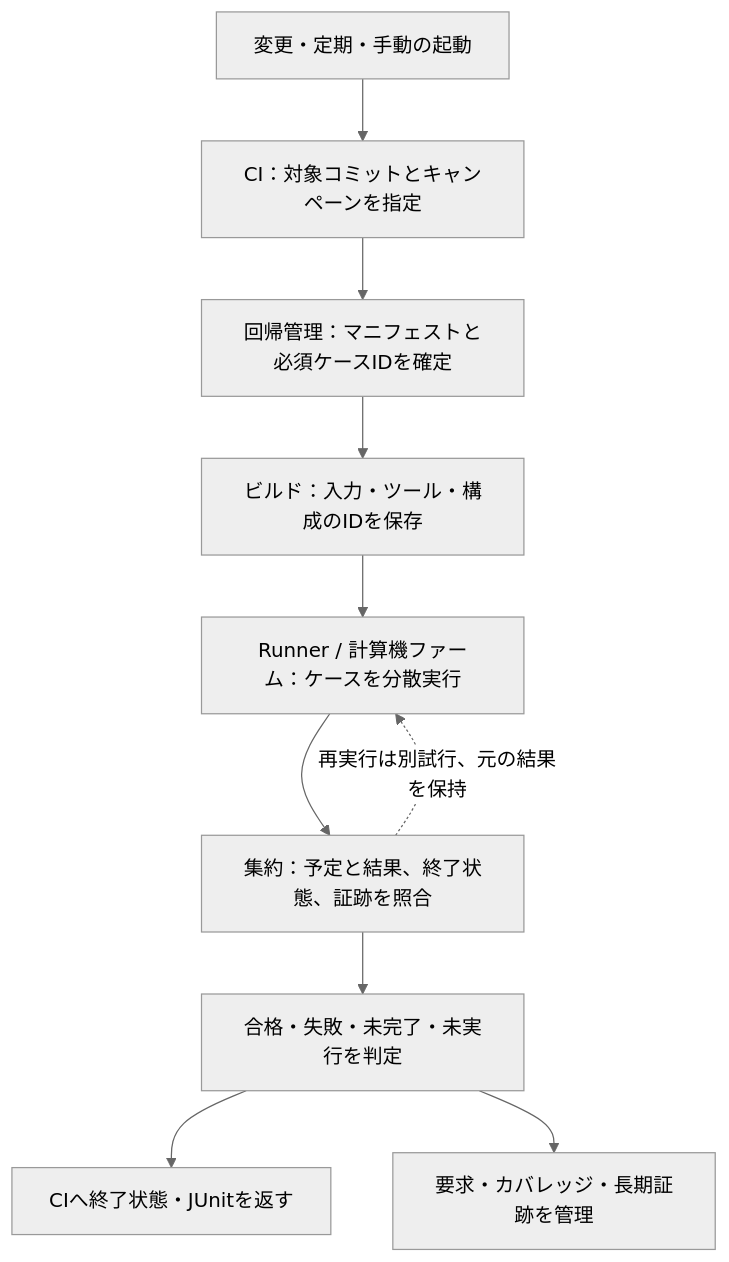
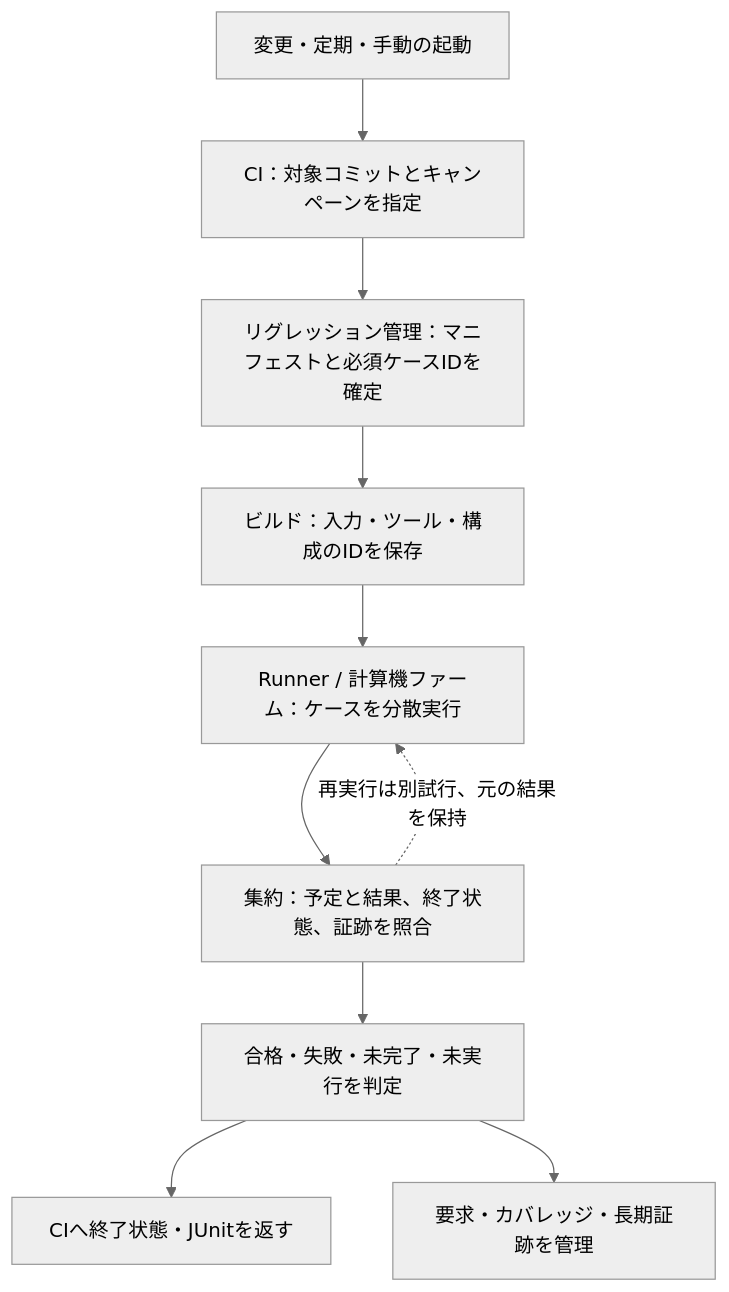
The first of 2 diagrams in docs/method/continuous-regression.md (kurochan001/lsi-verification-method), drawn with Mermaid (neutral theme) before and after one commit. The commit also changed other lines of this file and 91 other files, not shown here.

````diff
--- a/docs/method/continuous-regression.md
+++ b/docs/method/continuous-regression.md
@@ -68,14 +68,14 @@
 ```mermaid
 flowchart TD
-  accTitle: CIと回帰管理の責務を分けた実行フロー
+  accTitle: CIとリグレッション管理の責務を分けた実行フロー
   accDescr: 変更や定期起動から計画を確定し、Runnerや計算機ファームで実行する。結果を予定ケースへ照合し、判定と証跡をCIおよび要求管理へ返す。
   T["変更・定期・手動の起動"] --> C["CI：対象コミットとキャンペーンを指定"]
-  C --> M["回帰管理：マニフェストと必須ケースIDを確定"]
+  C --> M["リグレッション管理：マニフェストと必須ケースIDを確定"]
   M --> B["ビルド：入力・ツール・構成のIDを保存"]
   B --> R["Runner / 計算機ファーム：ケースを分散実行"]
   R --> A["集約：予定と結果、終了状態、証跡を照合"]
   A --> J["合格・失敗・未完了・未実行を判定"]
   J --> CI["CIへ終了状態・JUnitを返す"]
   J --> E["要求・カバレッジ・長期証跡を管理"]
   A -. "再実行は別試行、元の結果を保持" .-> R
 ```
````
